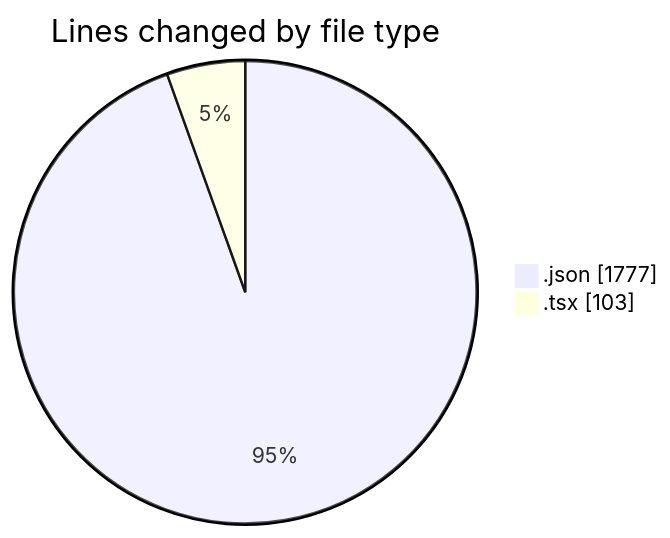
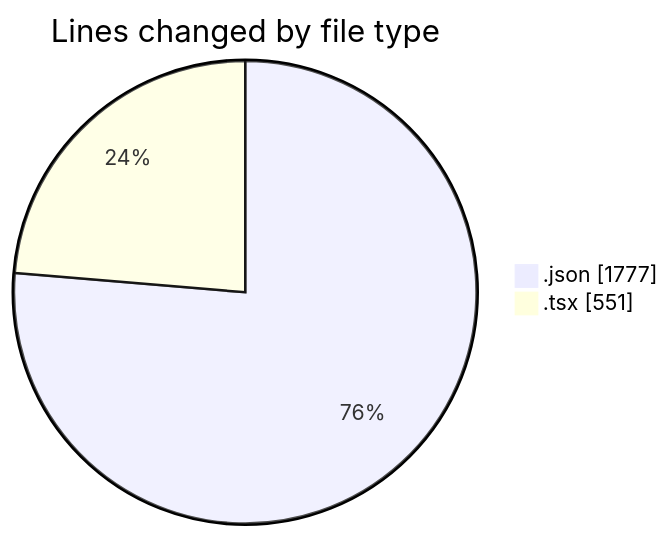
Before and after one commit to EIIisD/code-tracking: the first of 2 diagrams in 2025-08-14/ribbon/README.md, drawn with Mermaid. The commit also changed other lines of this file and 1 other file, not shown here.

````diff
--- a/2025-08-14/ribbon/README.md
+++ b/2025-08-14/ribbon/README.md
@@ -22,6 +25,6 @@
 ```mermaid
 pie showData
 title Lines changed by file type
 ".json" : 1777
-".tsx" : 103
+".tsx" : 551
 ```
````
